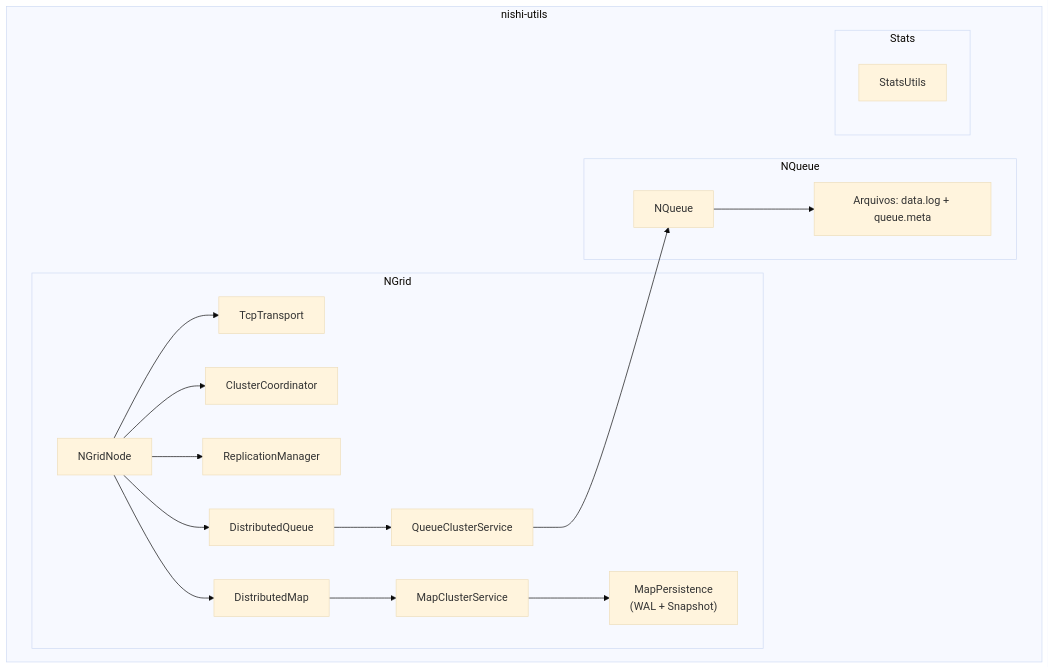
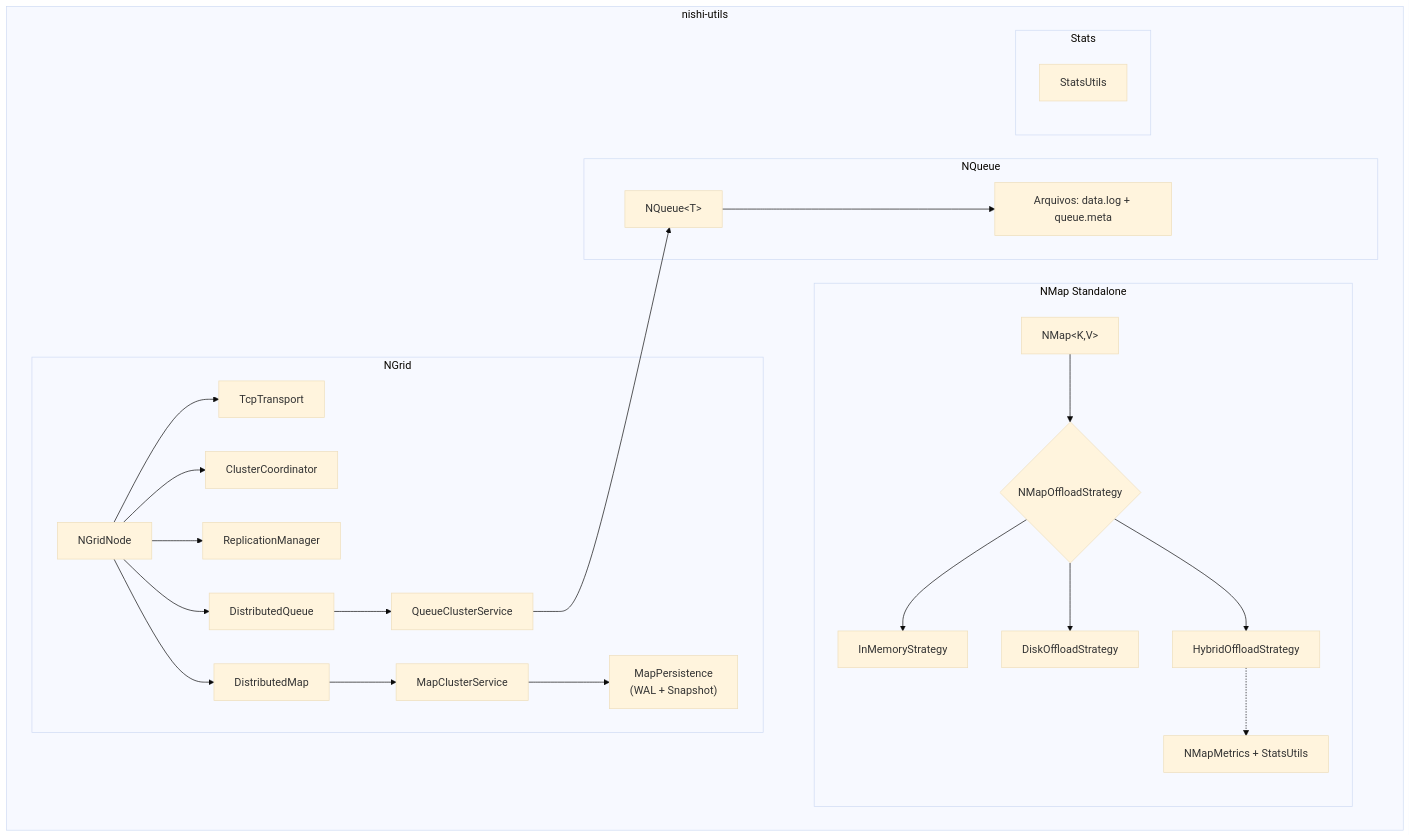
One commit to nishisan-dev/nishi-utils changed the diagram in README.md. Above: the diagram before and after it, drawn with Mermaid (base theme). The commit also changed other lines of this file, not shown here.

First line of the commit message:
docs: add NMap standalone section with offloading strategies and observability

````diff
--- a/README.md
+++ b/README.md
@@ -310,38 +443,53 @@
 ```mermaid
 flowchart TD
   subgraph nishiUtils [nishi-utils]
+    subgraph nmap [NMap Standalone]
+      NMapAPI["NMap&lt;K,V&gt;"]
+      Strategy{NMapOffloadStrategy}
+      InMem[InMemoryStrategy]
+      Disk[DiskOffloadStrategy]
+      Hybrid[HybridOffloadStrategy]
+      Metrics[NMapMetrics + StatsUtils]
+
+      NMapAPI --> Strategy
+      Strategy --> InMem
+      Strategy --> Disk
+      Strategy --> Hybrid
+      Hybrid -.-> Metrics
+    end
+
     subgraph nqueue [NQueue]
-      NQueueAPI[NQueue<T>]
+      NQueueAPI["NQueue&lt;T&gt;"]
       NQueueFiles["Arquivos: data.log + queue.meta"]
       NQueueAPI --> NQueueFiles
     end
 
     subgraph ngrid [NGrid]
       NGridNode[NGridNode]
       Transport[TcpTransport]
       Coordinator[ClusterCoordinator]
       Replication[ReplicationManager]
       DQueue[DistributedQueue]
       DMap[DistributedMap]
       QSvc[QueueClusterService]
       MSvc[MapClusterService]
       MPersist["MapPersistence\n(WAL + Snapshot)"]
 
       NGridNode --> Transport
       NGridNode --> Coordinator
       NGridNode --> Replication
       NGridNode --> DQueue
       NGridNode --> DMap
 
       DQueue --> QSvc
       QSvc --> NQueueAPI
 
       DMap --> MSvc
       MSvc --> MPersist
     end
 
     subgraph stats [Stats]
       StatsUtils[StatsUtils]
     end
   end
 ```
````
